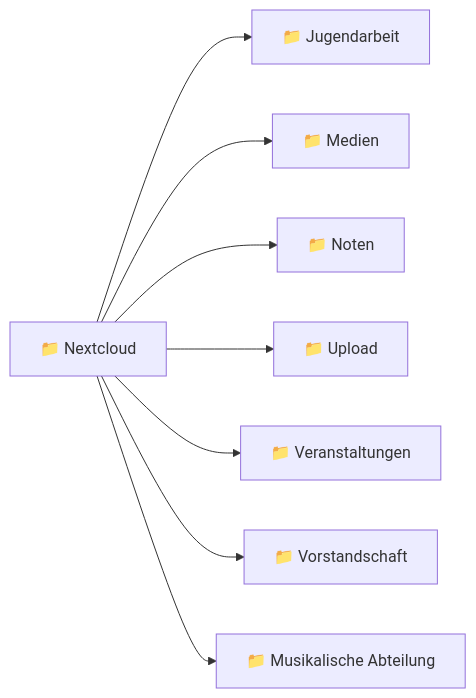
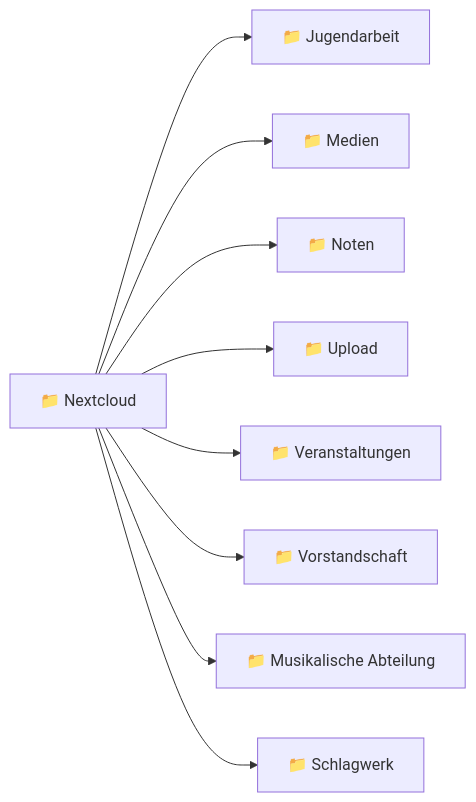
One commit to mvangelbachtal/authentik changed the second of 2 diagrams in README.md. Above: the diagram before and after it, drawn with Mermaid. The commit also changed other lines of this file and 13 other files, not shown here.

````diff
--- a/README.md
+++ b/README.md
@@ -180,20 +182,22 @@
 ```mermaid
 flowchart LR
     NC["📁 Nextcloud"]
 
     Jugendarbeit["📁 Jugendarbeit"]
     Medien["📁 Medien"]
     Noten["📁 Noten"]
     Upload["📁 Upload"]
     Veranstaltungen["📁 Veranstaltungen"]
     VorstandschaftFolder["📁 Vorstandschaft"]
     MusikalischeAbteilung["📁 Musikalische Abteilung"]
+    Schlagwerk["📁 Schlagwerk"]
 
     NC --> Jugendarbeit
     NC --> Medien
     NC --> Noten
     NC --> Upload
     NC --> Veranstaltungen
     NC --> VorstandschaftFolder
     NC --> MusikalischeAbteilung
+    NC --> Schlagwerk
 ```
````
